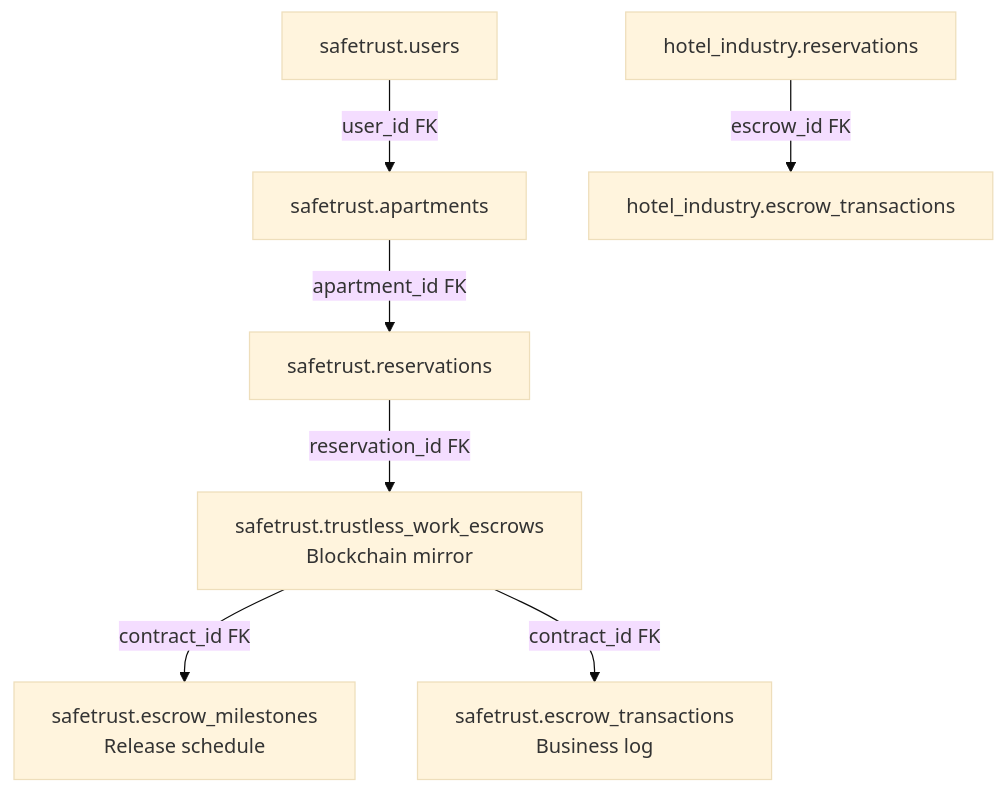
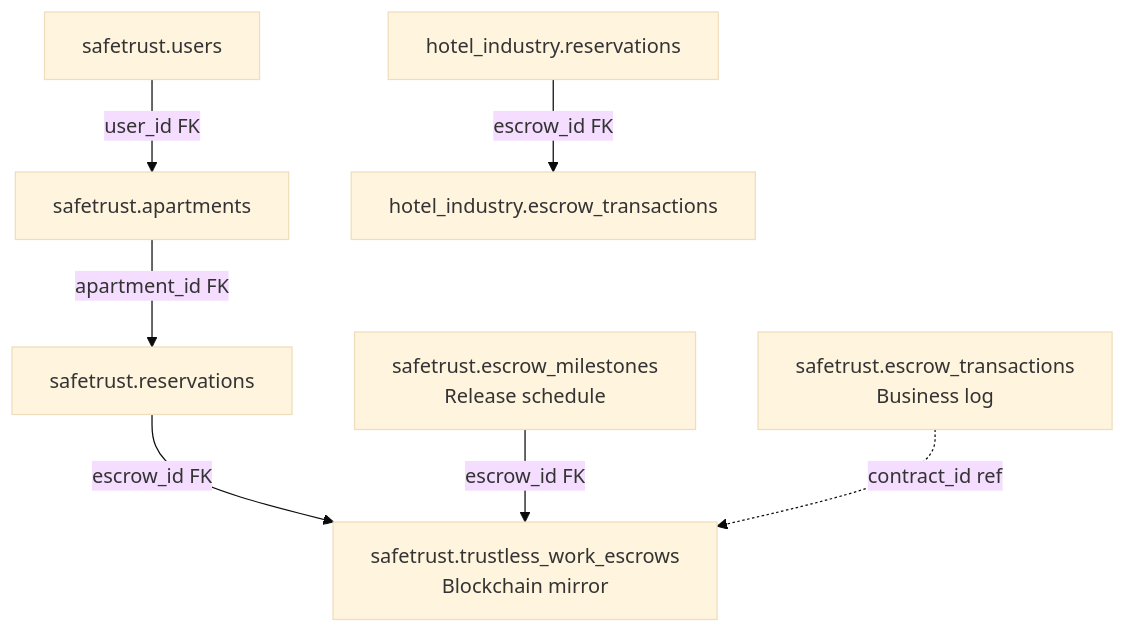
One commit to safetrustcr/backend-SafeTrust changed the third of 6 diagrams in docs/migrations/safetrust-schema-migration.md. Above: the diagram before and after it, drawn with Mermaid (base theme). The commit also changed other lines of this file, not shown here.

Commit message:
docs(migrations): address review feedback on architecture documentation

````diff
--- a/docs/migrations/safetrust-schema-migration.md
+++ b/docs/migrations/safetrust-schema-migration.md
@@ -98,17 +105,17 @@
 ```mermaid
 flowchart TD
     TWE[safetrust.trustless_work_escrows\nBlockchain mirror]
     EM[safetrust.escrow_milestones\nRelease schedule]
     ET[safetrust.escrow_transactions\nBusiness log]
     U[safetrust.users]
     AP[safetrust.apartments]
     R[safetrust.reservations]
     HR[hotel_industry.reservations]
     HE[hotel_industry.escrow_transactions]
-    R -->|reservation_id FK| TWE
-    TWE -->|contract_id FK| EM
-    TWE -->|contract_id FK| ET
+    R -->|escrow_id FK| TWE
+    EM -->|escrow_id FK| TWE
+    ET -.->|contract_id ref| TWE
     U -->|user_id FK| AP
     AP -->|apartment_id FK| R
     HR -->|escrow_id FK| HE
 ```
````
